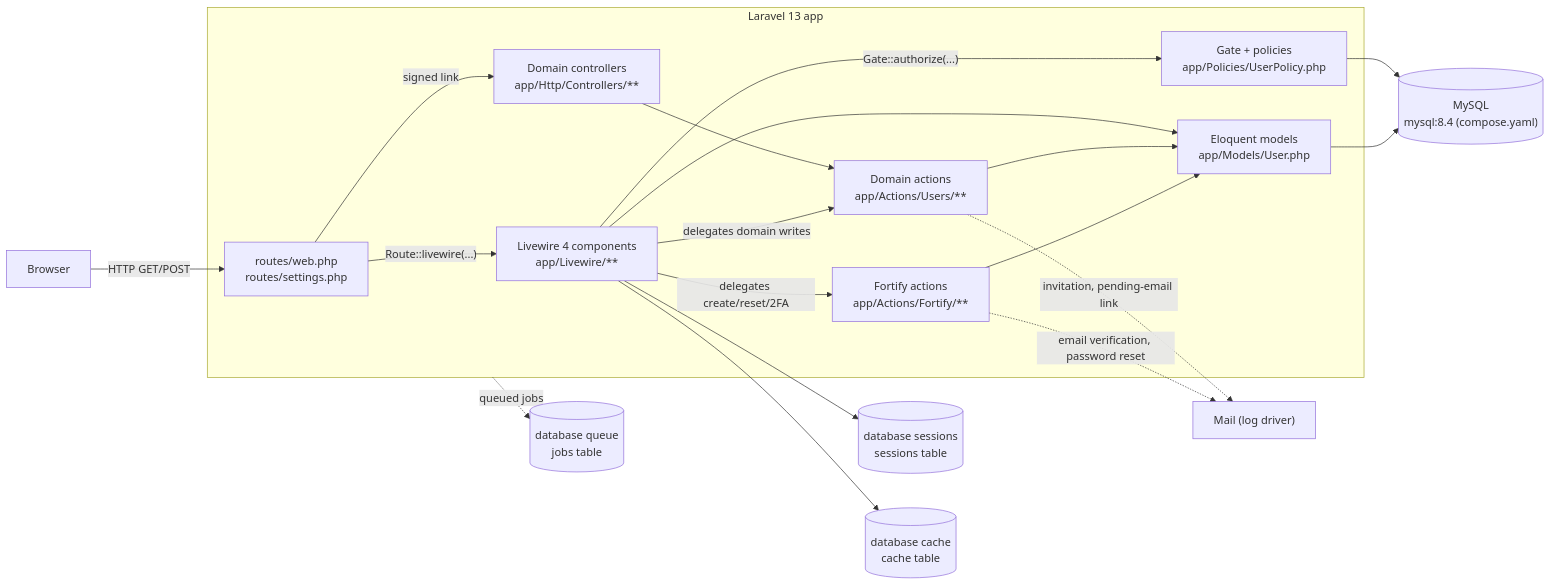
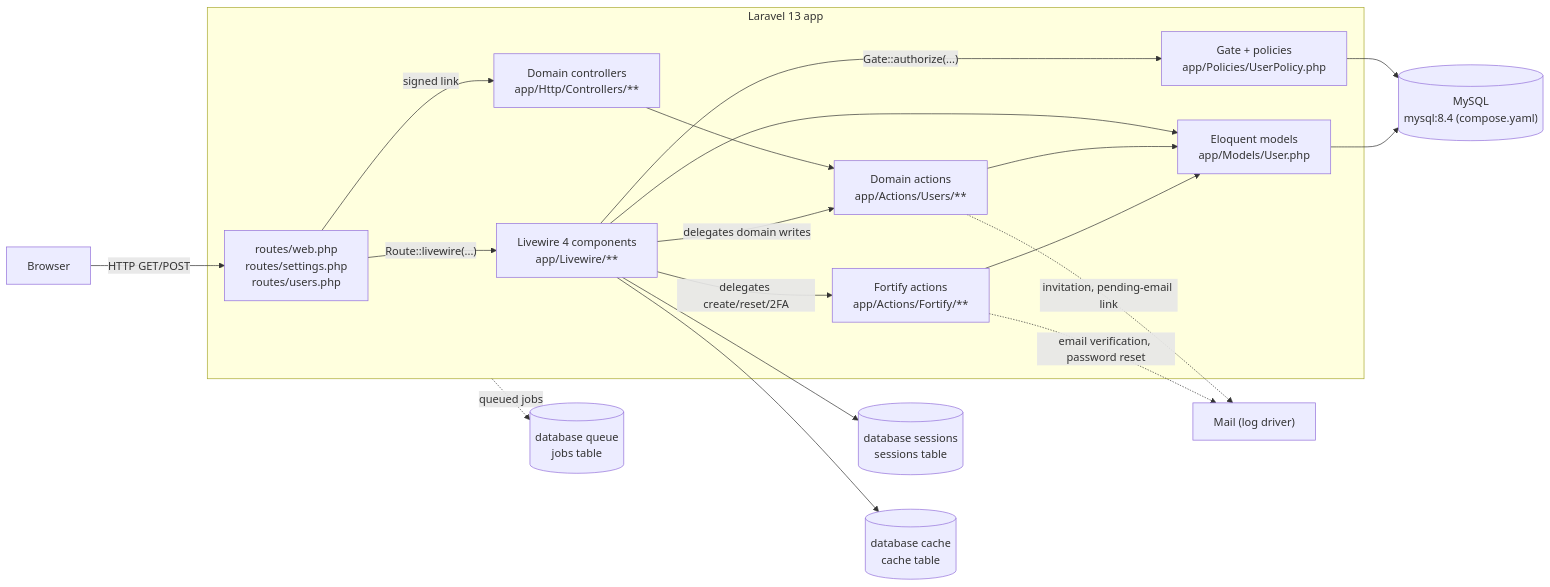
Before and after one commit to LIDR-academy/AI4Devs-finalproject: the diagram in arospe/docs/architecture/overview.md, drawn with Mermaid. The commit also changed other lines of this file and 7 other files, not shown here.

First line of the commit message:
docs(routes): update route-location references after the users.index move

````diff
--- a/arospe/docs/architecture/overview.md
+++ b/arospe/docs/architecture/overview.md
@@ -25,38 +25,38 @@
 ```mermaid
 flowchart LR
     Browser["Browser"]
 
     subgraph Laravel["Laravel 13 app"]
-        Routes["routes/web.php\nroutes/settings.php"]
+        Routes["routes/web.php\nroutes/settings.php\nroutes/users.php"]
         Livewire["Livewire 4 components\napp/Livewire/**"]
         Controllers["Domain controllers\napp/Http/Controllers/**"]
         Gate["Gate + policies\napp/Policies/UserPolicy.php"]
         Fortify["Fortify actions\napp/Actions/Fortify/**"]
         Actions["Domain actions\napp/Actions/Users/**"]
         Models["Eloquent models\napp/Models/User.php"]
     end
 
     DB[("MySQL\nmysql:8.4 (compose.yaml)")]
     Queue[("database queue\njobs table")]
     Session[("database sessions\nsessions table")]
     Cache[("database cache\ncache table")]
     Mail["Mail (log driver)"]
 
     Browser -->|"HTTP GET/POST"| Routes
     Routes -->|"Route::livewire(...)"| Livewire
     Routes -->|"signed link"| Controllers
     Livewire -->|"Gate::authorize(...)"| Gate
     Livewire -->|"delegates create/reset/2FA"| Fortify
     Livewire -->|"delegates domain writes"| Actions
     Controllers --> Actions
     Fortify --> Models
     Actions --> Models
     Livewire --> Models
     Models --> DB
     Gate --> DB
     Livewire --> Session
     Livewire --> Cache
     Fortify -.->|"email verification, password reset"| Mail
     Actions -.->|"invitation, pending-email link"| Mail
     Laravel -.->|"queued jobs"| Queue
 ```
````
